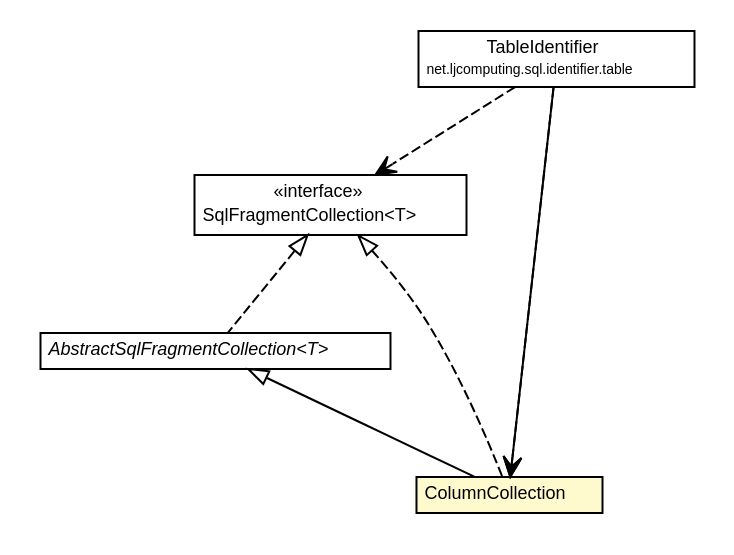
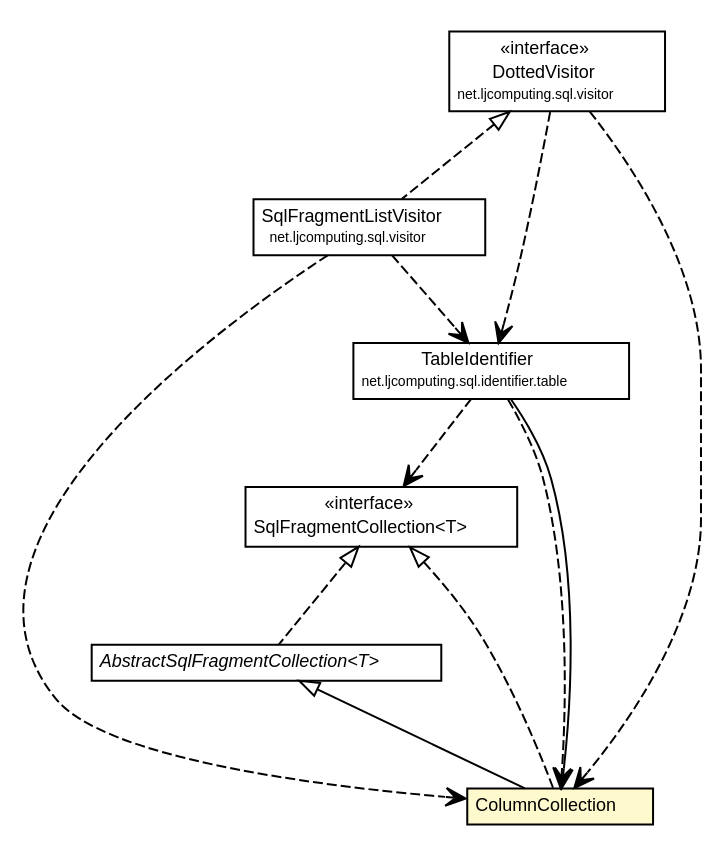
The diagram in docs/javadoc/apidocs/net/ljcomputing/sql/collection/ColumnCollection.dot (willmorejg/net.ljcomputing.sql), drawn with Graphviz before and after one commit. The commit also changed 141 other files, not shown here.

```diff
--- a/docs/javadoc/apidocs/net/ljcomputing/sql/collection/ColumnCollection.dot
+++ b/docs/javadoc/apidocs/net/ljcomputing/sql/collection/ColumnCollection.dot
@@ -1,50 +1,75 @@
 #!/usr/local/bin/dot
 #
 # Class diagram 
 # Generated by UMLGraph version R5_6 (http://www.umlgraph.org/)
 #
 
 digraph G {
 	edge [fontname="Helvetica",fontsize=10,labelfontname="Helvetica",labelfontsize=10];
 	node [fontname="Helvetica",fontsize=10,shape=plaintext];
 	nodesep=0.25;
 	ranksep=0.5;
+	// net.ljcomputing.sql.visitor.DottedVisitor
+	c542 [label=<<table title="net.ljcomputing.sql.visitor.DottedVisitor" border="0" cellborder="1" cellspacing="0" cellpadding="2" port="p" href="../visitor/DottedVisitor.html">
+		<tr><td><table border="0" cellspacing="0" cellpadding="1">
+<tr><td align="center" balign="center"> &#171;interface&#187; </td></tr>
+<tr><td align="center" balign="center"> DottedVisitor </td></tr>
+<tr><td align="center" balign="center"><font point-size="7.0"> net.ljcomputing.sql.visitor </font></td></tr>
+		</table></td></tr>
+		</table>>, URL="../visitor/DottedVisitor.html", fontname="Helvetica", fontcolor="black", fontsize=9.0];
+	// net.ljcomputing.sql.visitor.SqlFragmentListVisitor
+	c544 [label=<<table title="net.ljcomputing.sql.visitor.SqlFragmentListVisitor" border="0" cellborder="1" cellspacing="0" cellpadding="2" port="p" href="../visitor/SqlFragmentListVisitor.html">
+		<tr><td><table border="0" cellspacing="0" cellpadding="1">
+<tr><td align="center" balign="center"> SqlFragmentListVisitor </td></tr>
+<tr><td align="center" balign="center"><font point-size="7.0"> net.ljcomputing.sql.visitor </font></td></tr>
+		</table></td></tr>
+		</table>>, URL="../visitor/SqlFragmentListVisitor.html", fontname="Helvetica", fontcolor="black", fontsize=9.0];
 	// net.ljcomputing.sql.collection.AbstractSqlFragmentCollection<T>
 	c545 [label=<<table title="net.ljcomputing.sql.collection.AbstractSqlFragmentCollection" border="0" cellborder="1" cellspacing="0" cellpadding="2" port="p" href="./AbstractSqlFragmentCollection.html">
 		<tr><td><table border="0" cellspacing="0" cellpadding="1">
 <tr><td align="center" balign="center"><font face="Helvetica-Oblique"> AbstractSqlFragmentCollection&lt;T&gt; </font></td></tr>
 		</table></td></tr>
 		</table>>, URL="./AbstractSqlFragmentCollection.html", fontname="Helvetica", fontcolor="black", fontsize=9.0];
 	// net.ljcomputing.sql.collection.SqlFragmentCollection<T>
 	c548 [label=<<table title="net.ljcomputing.sql.collection.SqlFragmentCollection" border="0" cellborder="1" cellspacing="0" cellpadding="2" port="p" href="./SqlFragmentCollection.html">
 		<tr><td><table border="0" cellspacing="0" cellpadding="1">
 <tr><td align="center" balign="center"> &#171;interface&#187; </td></tr>
 <tr><td align="center" balign="center"> SqlFragmentCollection&lt;T&gt; </td></tr>
 		</table></td></tr>
 		</table>>, URL="./SqlFragmentCollection.html", fontname="Helvetica", fontcolor="black", fontsize=9.0];
 	// net.ljcomputing.sql.collection.ColumnCollection
 	c549 [label=<<table title="net.ljcomputing.sql.collection.ColumnCollection" border="0" cellborder="1" cellspacing="0" cellpadding="2" port="p" bgcolor="lemonChiffon" href="./ColumnCollection.html">
 		<tr><td><table border="0" cellspacing="0" cellpadding="1">
 <tr><td align="center" balign="center"> ColumnCollection </td></tr>
 		</table></td></tr>
 		</table>>, URL="./ColumnCollection.html", fontname="Helvetica", fontcolor="black", fontsize=9.0];
 	// net.ljcomputing.sql.identifier.table.TableIdentifier
 	c554 [label=<<table title="net.ljcomputing.sql.identifier.table.TableIdentifier" border="0" cellborder="1" cellspacing="0" cellpadding="2" port="p" href="../identifier/table/TableIdentifier.html">
 		<tr><td><table border="0" cellspacing="0" cellpadding="1">
 <tr><td align="center" balign="center"> TableIdentifier </td></tr>
 <tr><td align="center" balign="center"><font point-size="7.0"> net.ljcomputing.sql.identifier.table </font></td></tr>
 		</table></td></tr>
 		</table>>, URL="../identifier/table/TableIdentifier.html", fontname="Helvetica", fontcolor="black", fontsize=9.0];
+	//net.ljcomputing.sql.visitor.SqlFragmentListVisitor implements net.ljcomputing.sql.visitor.DottedVisitor
+	c542:p -> c544:p [dir=back,arrowtail=empty,style=dashed];
 	//net.ljcomputing.sql.collection.AbstractSqlFragmentCollection<T> implements net.ljcomputing.sql.collection.SqlFragmentCollection<T>
 	c548:p -> c545:p [dir=back,arrowtail=empty,style=dashed];
 	//net.ljcomputing.sql.collection.ColumnCollection extends net.ljcomputing.sql.collection.AbstractSqlFragmentCollection<net.ljcomputing.sql.identifier.column.ColumnIdentifier>
 	c545:p -> c549:p [dir=back,arrowtail=empty];
 	//net.ljcomputing.sql.collection.ColumnCollection implements net.ljcomputing.sql.collection.SqlFragmentCollection<T>
 	c548:p -> c549:p [dir=back,arrowtail=empty,style=dashed];
 	// net.ljcomputing.sql.identifier.table.TableIdentifier NAVASSOC net.ljcomputing.sql.collection.ColumnCollection
 	c554:p -> c549:p [taillabel="", label="", headlabel="", fontname="Helvetica", fontcolor="black", fontsize=10.0, color="black", arrowhead=open];
+	// net.ljcomputing.sql.visitor.DottedVisitor DEPEND net.ljcomputing.sql.identifier.table.TableIdentifier
+	c542:p -> c554:p [taillabel="", label="", headlabel="", fontname="Helvetica", fontcolor="black", fontsize=10.0, color="black", arrowhead=open, style=dashed];
+	// net.ljcomputing.sql.visitor.DottedVisitor DEPEND net.ljcomputing.sql.collection.ColumnCollection
+	c542:p -> c549:p [taillabel="", label="", headlabel="", fontname="Helvetica", fontcolor="black", fontsize=10.0, color="black", arrowhead=open, style=dashed];
+	// net.ljcomputing.sql.visitor.SqlFragmentListVisitor DEPEND net.ljcomputing.sql.identifier.table.TableIdentifier
+	c544:p -> c554:p [taillabel="", label="", headlabel="", fontname="Helvetica", fontcolor="black", fontsize=10.0, color="black", arrowhead=open, style=dashed];
+	// net.ljcomputing.sql.visitor.SqlFragmentListVisitor DEPEND net.ljcomputing.sql.collection.ColumnCollection
+	c544:p -> c549:p [taillabel="", label="", headlabel="", fontname="Helvetica", fontcolor="black", fontsize=10.0, color="black", arrowhead=open, style=dashed];
+	// net.ljcomputing.sql.identifier.table.TableIdentifier DEPEND net.ljcomputing.sql.collection.ColumnCollection
+	c554:p -> c549:p [taillabel="", label="", headlabel="", fontname="Helvetica", fontcolor="black", fontsize=10.0, color="black", arrowhead=open, style=dashed];
 	// net.ljcomputing.sql.identifier.table.TableIdentifier DEPEND net.ljcomputing.sql.collection.SqlFragmentCollection<T>
 	c554:p -> c548:p [taillabel="", label="", headlabel="", fontname="Helvetica", fontcolor="black", fontsize=10.0, color="black", arrowhead=open, style=dashed];
-	// net.ljcomputing.sql.identifier.table.TableIdentifier DEPEND net.ljcomputing.sql.collection.ColumnCollection
-	c554:p -> c549:p [taillabel="", label="", headlabel="", fontname="Helvetica", fontcolor="black", fontsize=10.0, color="black", arrowhead=open, style=dashed];
 }
```
